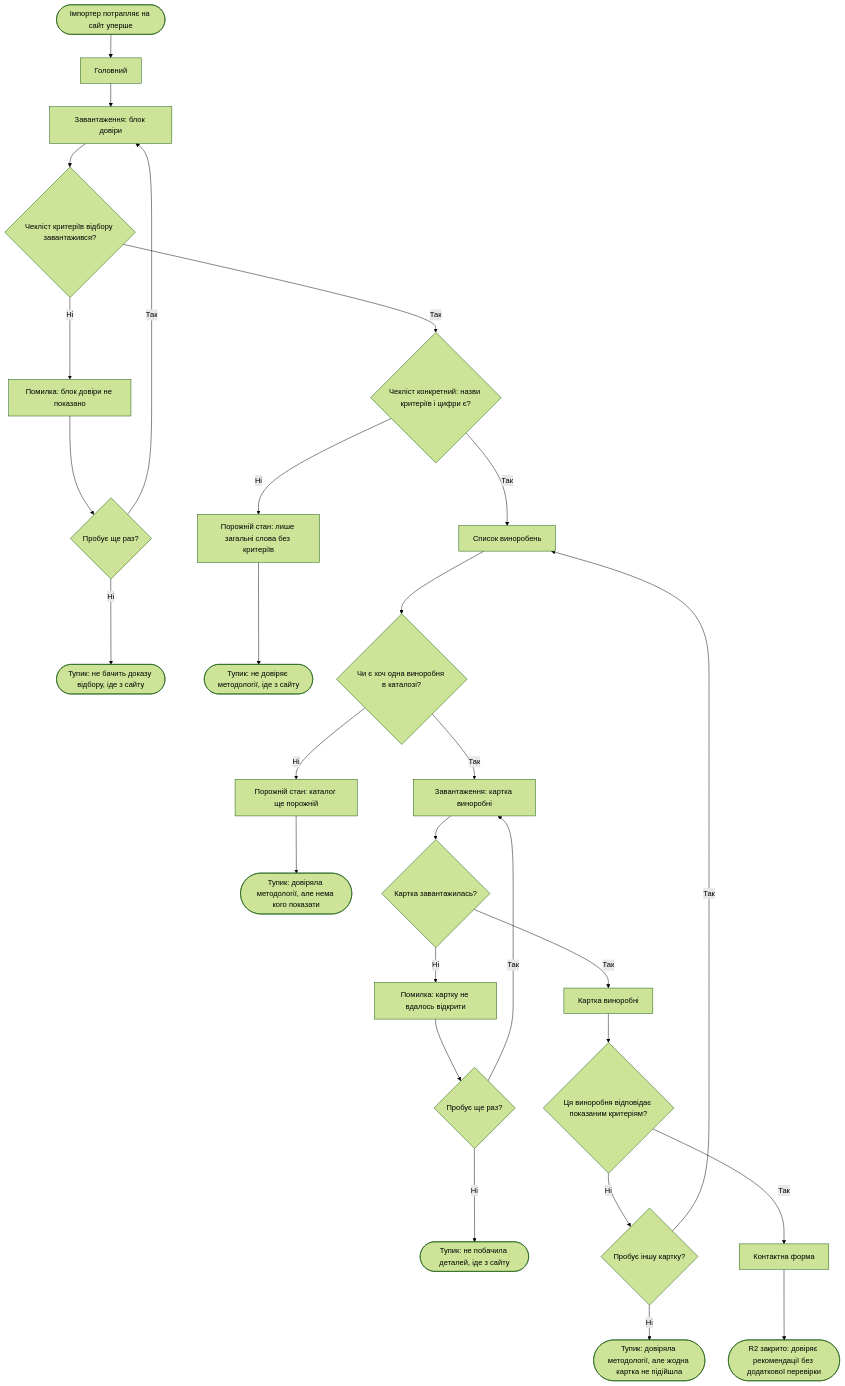
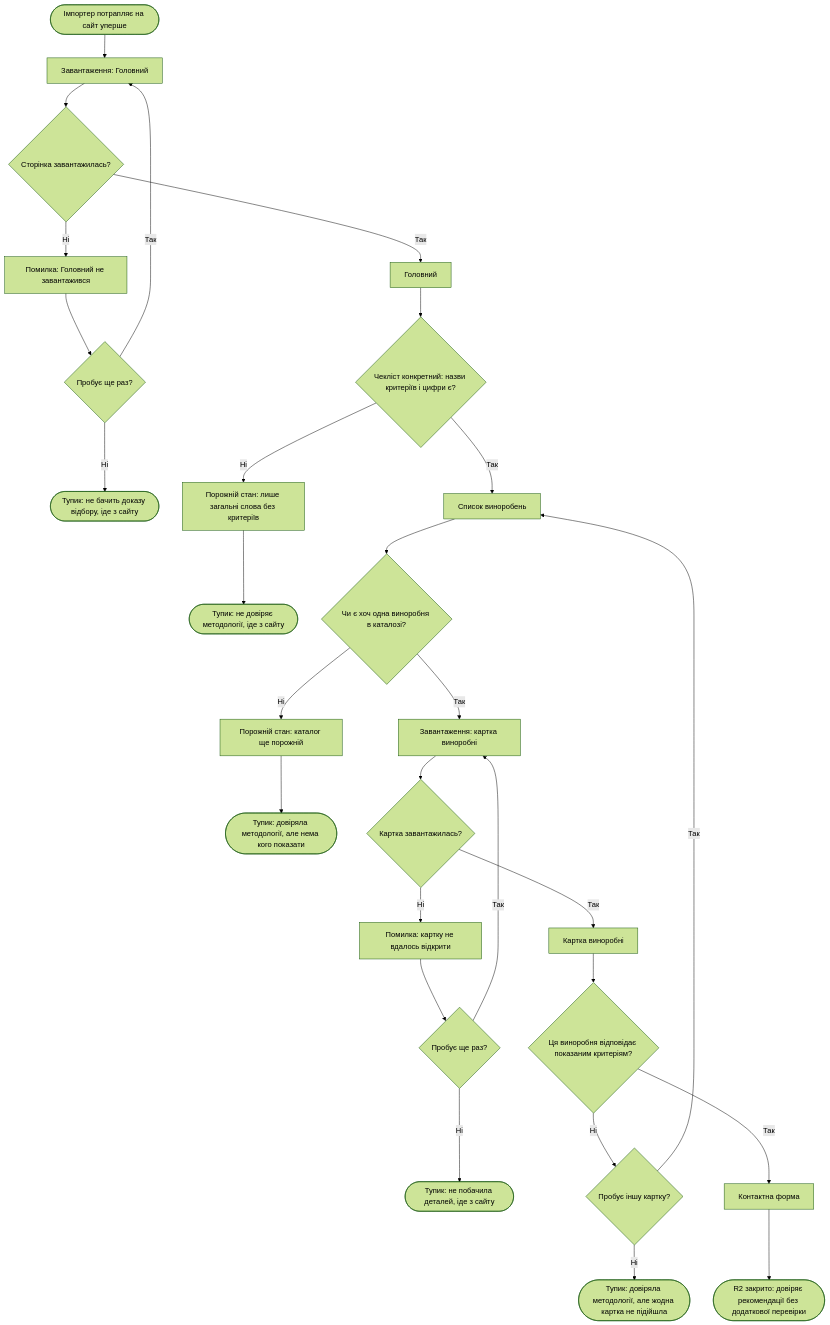
One commit to ibelk/vhselection changed the third of 3 diagrams in flows.md. Above: the diagram before and after it, drawn with Mermaid (forest theme). The commit also changed other lines of this file and 4 other files, not shown here.

````diff
--- a/flows.md
+++ b/flows.md
@@ -161,30 +161,30 @@
 ```mermaid
 flowchart TD
-  Start(["Імпортер потрапляє на сайт уперше"]) --> A["Головний"]
-  A --> A1["Завантаження: блок довіри"]
-  A1 --> B{"Чекліст критеріїв відбору завантажився?"}
-  B -->|Ні| C["Помилка: блок довіри не показано"]
+  Start(["Імпортер потрапляє на сайт уперше"]) --> A1["Завантаження: Головний"]
+  A1 --> B{"Сторінка завантажилась?"}
+  B -->|Ні| C["Помилка: Головний не завантажився"]
   C --> C1{"Пробує ще раз?"}
   C1 -->|Так| A1
   C1 -->|Ні| D(["Тупик: не бачить доказу відбору, іде з сайту"])
-  B -->|Так| E{"Чекліст конкретний: назви критеріїв і цифри є?"}
+  B -->|Так| A["Головний"]
+  A --> E{"Чекліст конкретний: назви критеріїв і цифри є?"}
   E -->|Ні| F["Порожній стан: лише загальні слова без критеріїв"]
   F --> G(["Тупик: не довіряє методології, іде з сайту"])
   E -->|Так| H["Список виноробень"]
   H --> H1{"Чи є хоч одна виноробня в каталозі?"}
   H1 -->|Ні| H2["Порожній стан: каталог ще порожній"]
   H2 --> H3(["Тупик: довіряла методології, але нема кого показати"])
   H1 -->|Так| I0["Завантаження: картка виноробні"]
   I0 --> I1{"Картка завантажилась?"}
   I1 -->|Ні| I2["Помилка: картку не вдалось відкрити"]
   I2 --> I3{"Пробує ще раз?"}
   I3 -->|Так| I0
   I3 -->|Ні| I4(["Тупик: не побачила деталей, іде з сайту"])
   I1 -->|Так| I["Картка виноробні"]
   I --> J{"Ця виноробня відповідає показаним критеріям?"}
   J -->|Ні| K{"Пробує іншу картку?"}
   K -->|Так| H
   K -->|Ні| L(["Тупик: довіряла методології, але жодна картка не підійшла"])
   J -->|Так| M["Контактна форма"]
   M --> N(["R2 закрито: довіряє рекомендації без додаткової перевірки"])
 ```
````
